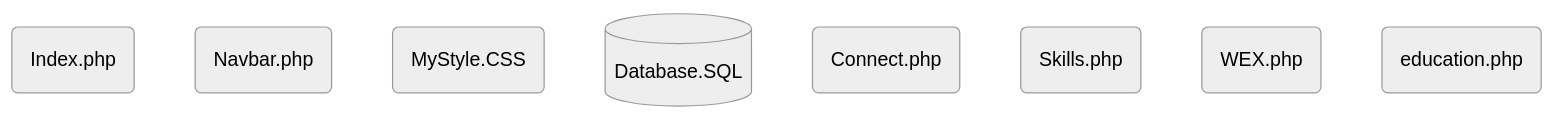
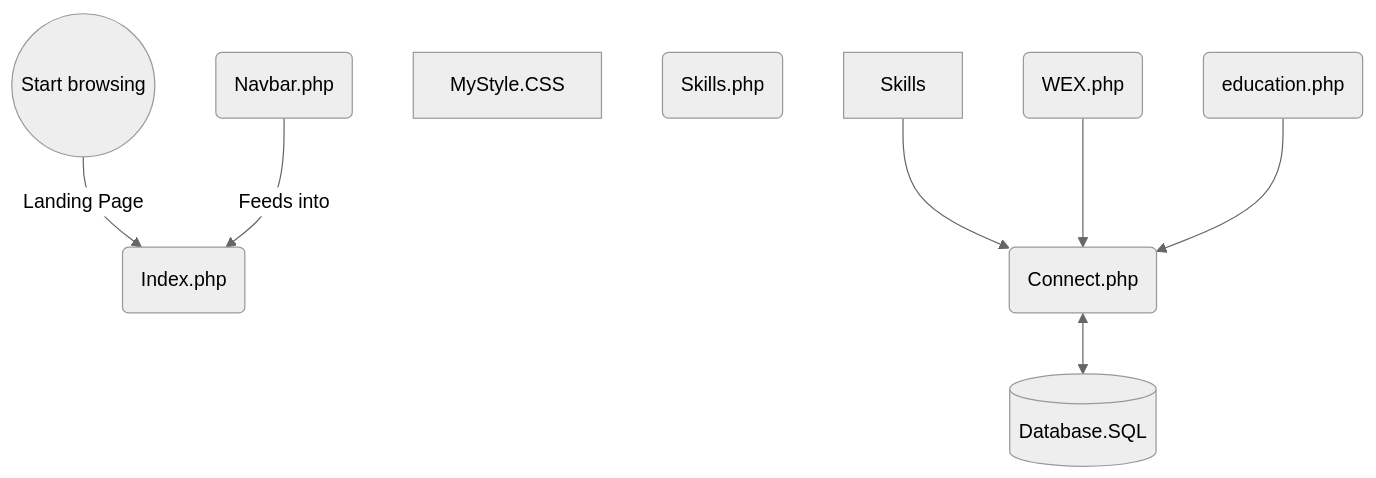
One commit to NeilParkerBSDC/Online-CV-Template changed the diagram in README.md. Above: the diagram before and after it, drawn with Mermaid (neutral theme).

````diff
--- a/README.md
+++ b/README.md
@@ -45,11 +45,22 @@
 ```mermaid
 graph TD
+start((Start browsing))
 index(Index.php)
 navbar(Navbar.php)
-MyStyle(MyStyle.CSS)
-Database[(Database.SQL)]
+MyStyle[MyStyle.CSS]
+database[(Database.SQL)]
 connect(Connect.php)
-Skills(Skills.php)
+skills(Skills.php)
 WEX(WEX.php)
 education(education.php)
+
+start--> | Landing Page | index
+navbar --> | Feeds into | index
+Skills --> connect
+WEX --> connect
+education --> connect
+connect  <--> database
+
+
+
 ```
````
